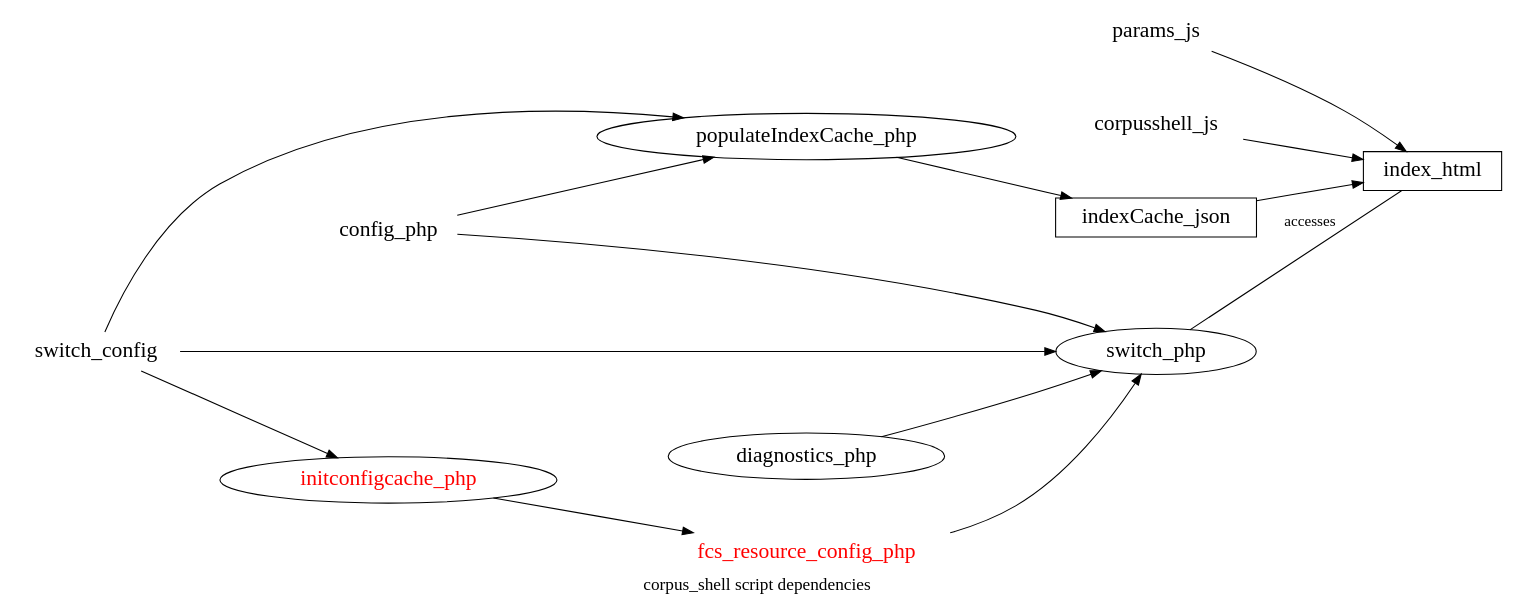
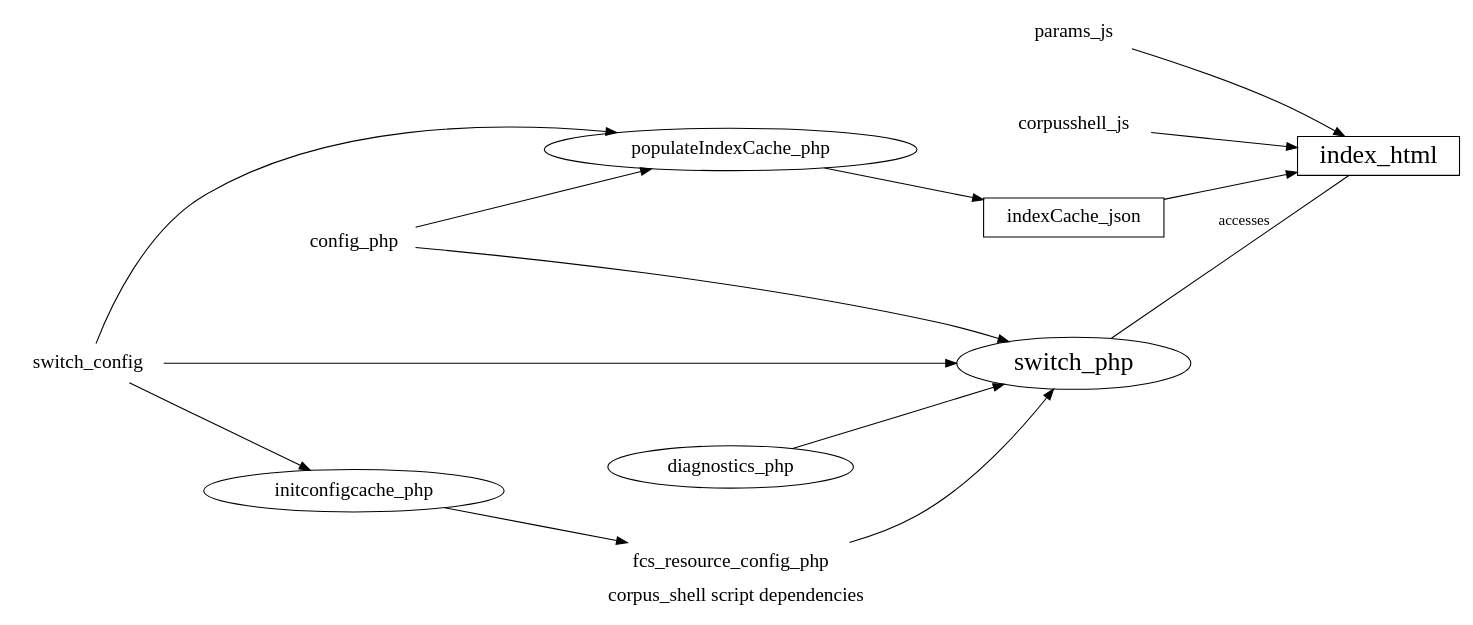
One commit to vronk/corpus_shell changed the diagram in docs/c_s_dep.dot. Above: the diagram before and after it, drawn with Graphviz. The commit also changed 1 other file, not shown here.

Commit message:
polished version of the dep-graph

```diff
--- a/docs/c_s_dep.dot
+++ b/docs/c_s_dep.dot
@@ -1,87 +1,87 @@
 /* 
 
 dot -oc_s_dep.png -Tpng c_s_dep.dot
 
 */
 digraph c_s_places {
   label="corpus_shell script dependencies";
 	rankdir=LR;
 	/* size="10,11";	
 	ranksep=1.3;*/
 	nodesep=0.7;	 
-	fontsize=16;
-	node [fontsize=20];
+	fontsize=18;
+	node [fontsize=18];
 	
 
 	/* graph [compound=true,
 		mclimit=4,		
 		remincross=true,
 		nodesep = 0.1;	
 	size="12,12";		
 	];
 	*/
 
 
 /* scripts */
 node [shape="ellipse"];
-switch_php;
+switch_php [fontsize=24 ];
 populateIndexCache_php;
-initconfigcache_php [fontcolor=red];
+initconfigcache_php;
 diagnostics_php;
 
 /* config */
 node [shape=none];
 switch_config;
 config_php;
-fcs_resource_config_php [fontcolor=red];
+fcs_resource_config_php;
 params_js;
 corpusshell_js;
 
 /* data? */
 node [shape=box];
 indexCache_json;
-index_html;
+index_html [fontsize=24 ];
 
 	
 	subgraph cluster_ddconsru {
 		label="ddconsru";				
 	
 		
 	}
 	
 	subgraph cluster_aggregator {
 		label="aggregator";
 		
 	}
 
 	subgraph cluster_fcs_php{
 		label="fcs php";
 		
 	}
 
 
 /* usedBy */
 /* edge [label="usedBy"]; */
 config_php -> switch_php;
 switch_config -> switch_php;
 switch_config -> populateIndexCache_php;
 config_php -> populateIndexCache_php;
 populateIndexCache_php -> indexCache_json;
 diagnostics_php -> switch_php;
 switch_config -> initconfigcache_php -> fcs_resource_config_php -> switch_php;
 
 params_js -> index_html;
 corpusshell_js -> index_html;
 indexCache_json -> index_html;
 
 
 edge [label="accesses", arrowhead=none, arrowtail="open"];
 /* seen reversed */
 switch_php -> index_html;
 
 /* contains */
 edge [arrowhead=none, arrowtail=none, label=""];
 
 
 
 }
```
